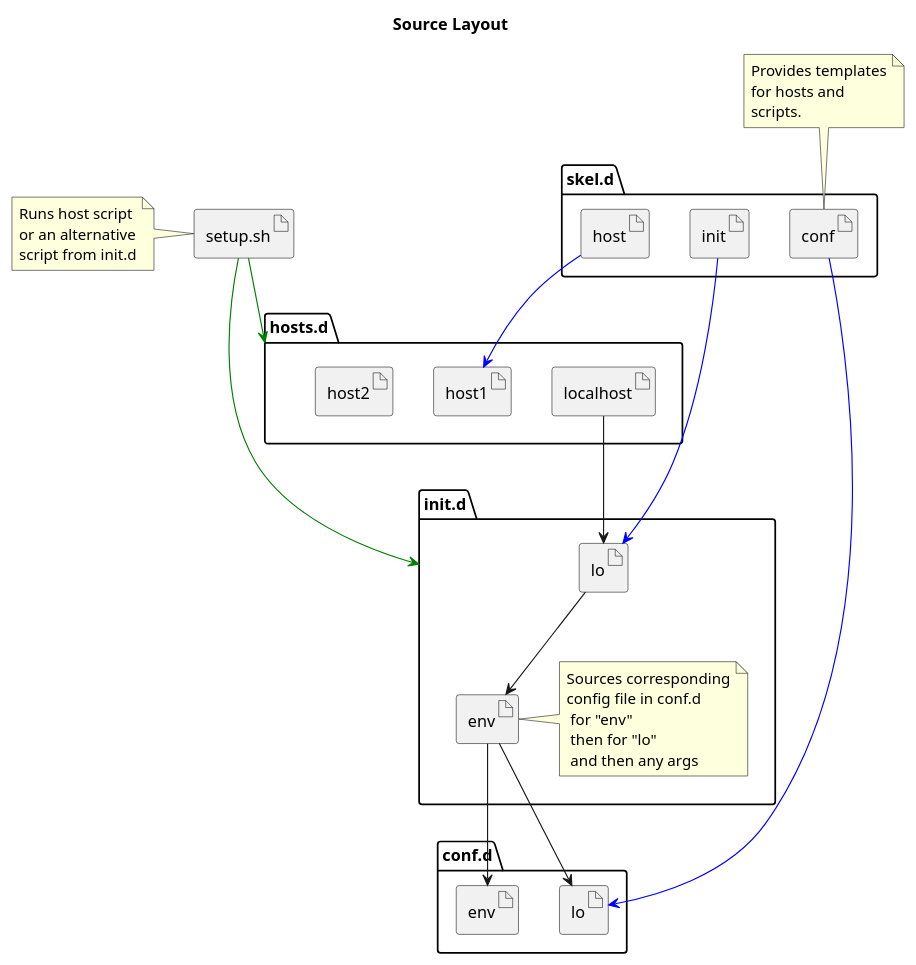
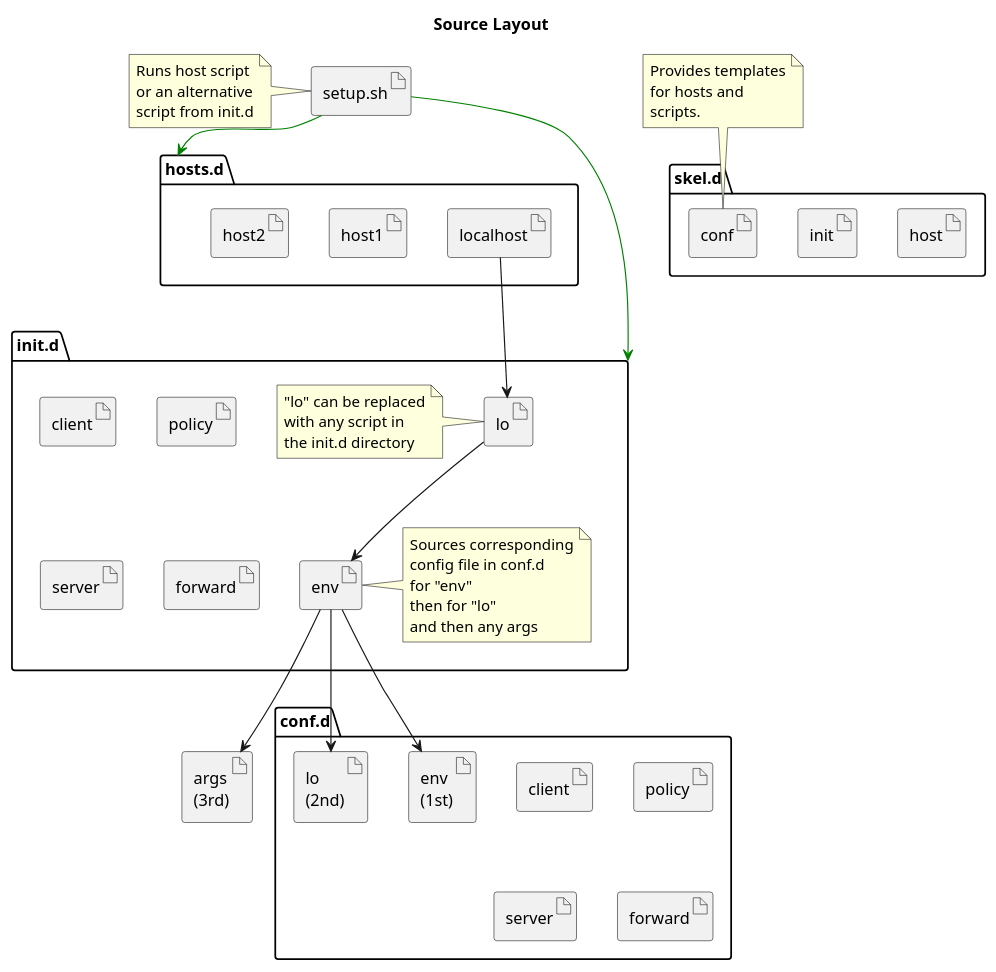
Before and after one commit to rjhwelsh/firewall: the second of 5 diagrams in README.org, drawn with PlantUML.

Commit message:
README.org: Adjusted artifact diagram.

```diff
--- a/README.org
+++ b/README.org
@@ -230,59 +230,76 @@
 #+BEGIN_SRC plantuml :file uml/artifacts.png :exports none
 			@startuml
 		title Source Layout
 
 			 folder hosts.d {
 						artifact localhost
 						artifact host1
 						artifact host2
 						}
 
 			 folder skel.d {
 						artifact host as skel.host
 						artifact init as skel.init
 						artifact conf as skel.conf
 						}
 	note top
 	Provides templates
 	for hosts and
 	scripts.
 	end note
 
 
 			 folder init.d {
 				 artifact env as init.env
 	note right
 	Sources corresponding
 	config file in conf.d
-  for "env"
-  then for "lo"
-  and then any args
+	for "env"
+	then for "lo"
+	and then any args
 	end note
 				 artifact lo as init.lo
+	note left
+	"lo" can be replaced
+	with any script in
+	the init.d directory
+	end note
+				 artifact client as init.client
+				 artifact policy as init.policy
+				 artifact server as init.server
+				 artifact forward as init.forward
 			 }
 
 
 
 			 folder conf.d {
-				 artifact env as conf.env
-				 artifact lo as conf.lo
+				 artifact "env\n(1st)" as conf.env
+				 artifact "lo\n(2nd)" as conf.lo
+				 artifact client as conf.client
+				 artifact policy as conf.policy
+				 artifact server as conf.server
+				 artifact forward as conf.forward
 			 }
 
 			 artifact setup.sh as s
 	note left
 	Runs host script
 	or an alternative
 	script from init.d
 	end note
+
+		artifact "args\n(3rd)" as args
+
 			 s -[#green]-> hosts.d
 			 s -[#green]-> init.d
 			 localhost --> init.lo
-		   init.lo --> init.env
+			 init.lo --> init.env
 			 init.env --> conf.env
-       init.env --> conf.lo
-			 skel.host -[#blue]-> host1
-			 skel.init -[#blue]-> init.lo
-			 skel.conf -[#blue]-> conf.lo
+			 init.env --> conf.lo
+		   init.env --> args
+			 /' skel.host -[#blue]-> host1 '/
+			 /' skel.init -[#blue]-> init.lo '/
+			 /' skel.conf -[#blue]-> conf.lo '/
 
 			@enduml
 #+END_SRC
```
